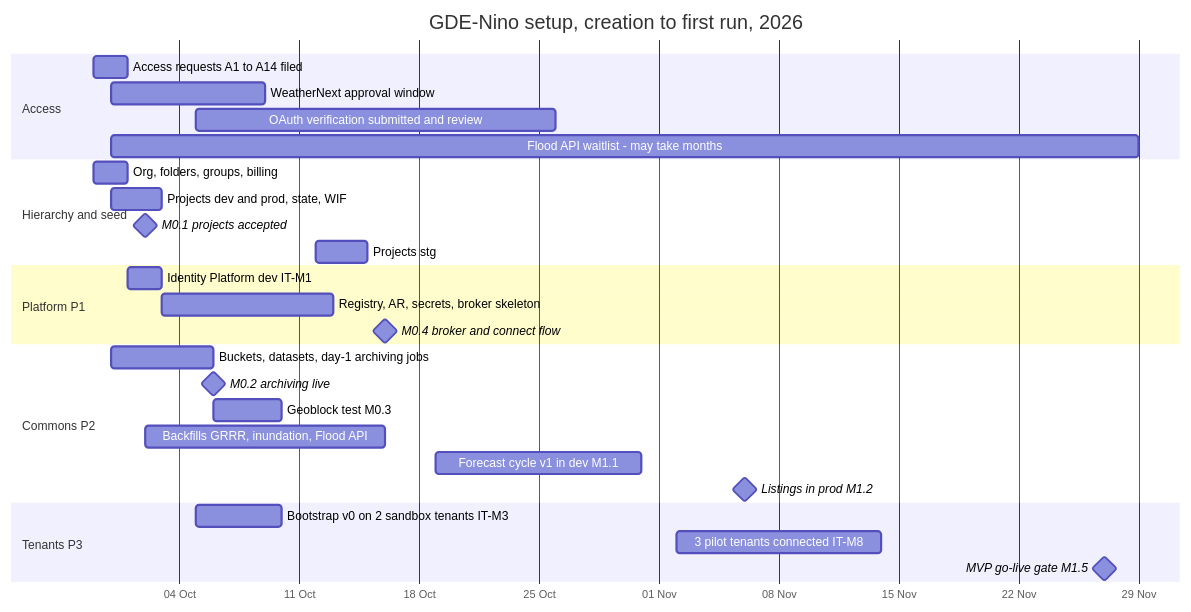
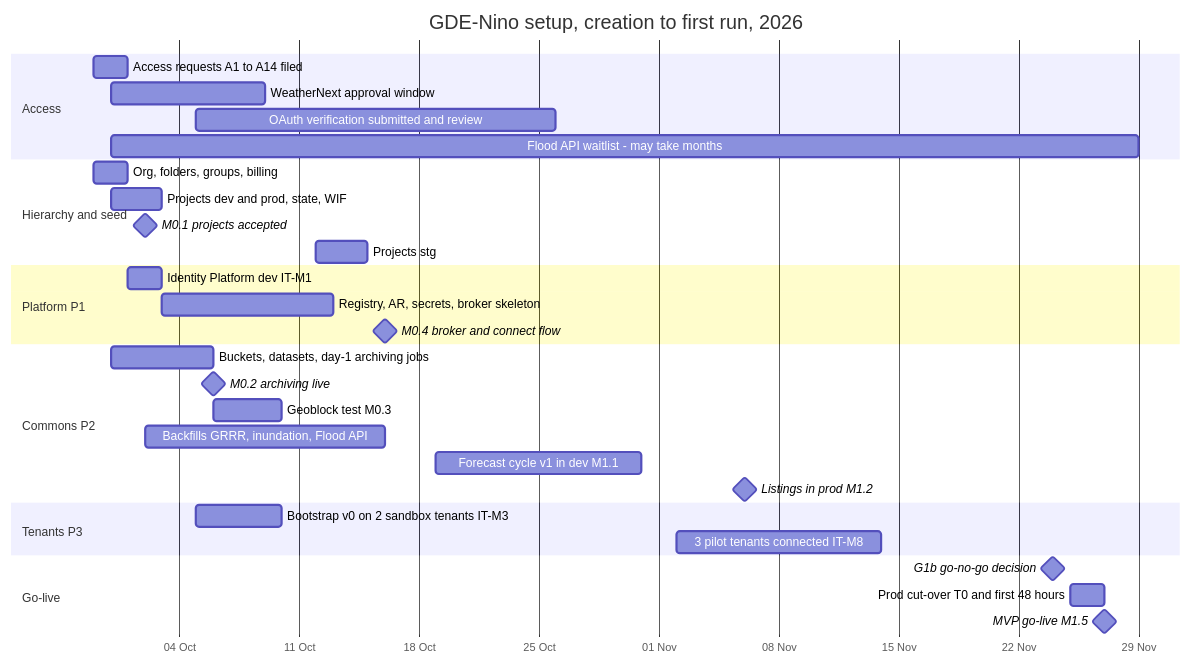
Before and after one commit to mcastroarroyo/weathernext: the first of 4 diagrams in docs/10-setup-and-deployment.md, drawn with Mermaid. The commit also changed other lines of this file, not shown here.

````diff
--- a/docs/10-setup-and-deployment.md
+++ b/docs/10-setup-and-deployment.md
@@ -76,31 +76,34 @@
 ```mermaid
 gantt
   title GDE-Nino setup, creation to first run, 2026
   dateFormat YYYY-MM-DD
   axisFormat %d %b
   section Access
   Access requests A1 to A14 filed          :a1, 2026-09-29, 2d
   WeatherNext approval window              :a2, 2026-09-30, 9d
   OAuth verification submitted and review  :a3, 2026-10-05, 21d
   Flood API waitlist - may take months     :a4, 2026-09-30, 60d
   section Hierarchy and seed
   Org, folders, groups, billing            :h1, 2026-09-29, 2d
   Projects dev and prod, state, WIF        :h2, 2026-09-30, 3d
   M0.1 projects accepted                   :milestone, m01, 2026-10-02, 0d
   Projects stg                             :h3, 2026-10-12, 3d
   section Platform P1
   Identity Platform dev IT-M1              :p1, 2026-10-01, 2d
   Registry, AR, secrets, broker skeleton   :p2, 2026-10-03, 10d
   M0.4 broker and connect flow             :milestone, m04, 2026-10-16, 0d
   section Commons P2
   Buckets, datasets, day-1 archiving jobs  :c1, 2026-09-30, 6d
   M0.2 archiving live                      :milestone, m02, 2026-10-06, 0d
   Geoblock test M0.3                       :c2, 2026-10-06, 4d
   Backfills GRRR, inundation, Flood API    :c3, 2026-10-02, 14d
   Forecast cycle v1 in dev M1.1            :c4, 2026-10-19, 12d
   Listings in prod M1.2                    :milestone, m12, 2026-11-06, 0d
   section Tenants P3
   Bootstrap v0 on 2 sandbox tenants IT-M3  :t1, 2026-10-05, 5d
   3 pilot tenants connected IT-M8          :t2, 2026-11-02, 12d
-  MVP go-live gate M1.5                    :milestone, m15, 2026-11-27, 0d
+  section Go-live
+  G1b go-no-go decision                    :milestone, g1b, 2026-11-24, 0d
+  Prod cut-over T0 and first 48 hours      :g2, 2026-11-25, 2d
+  MVP go-live M1.5                         :milestone, m15, 2026-11-27, 0d
 ```
````
